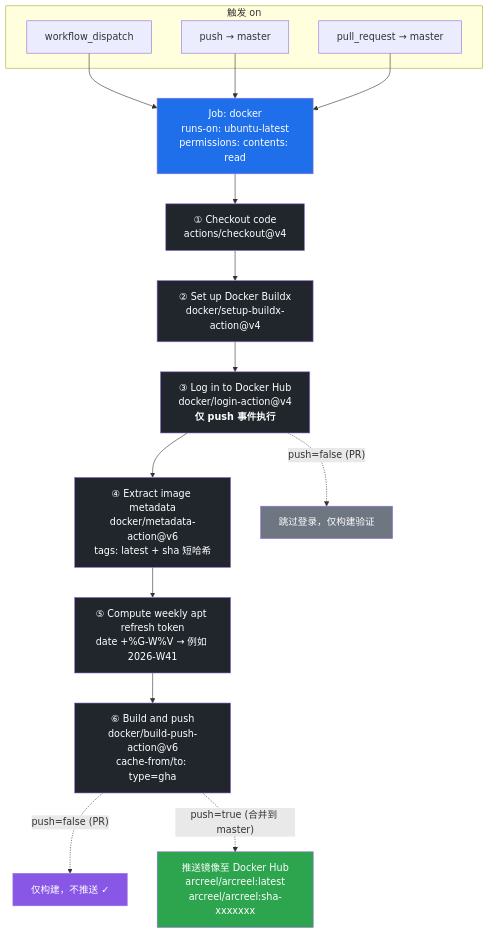
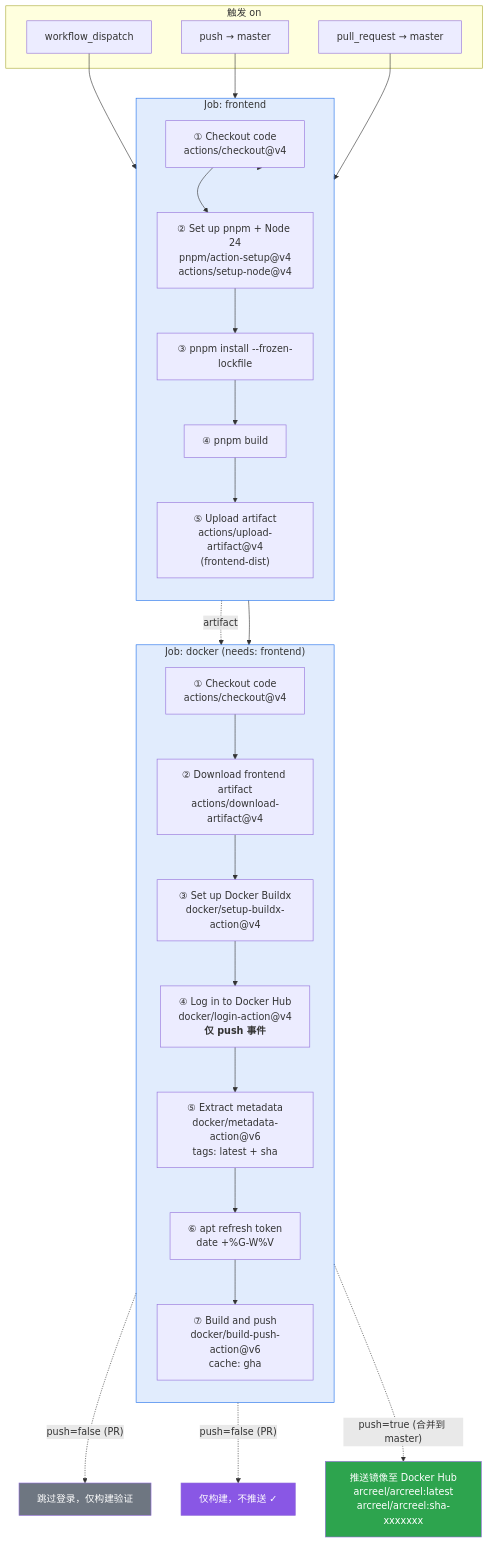
The diagram in .github/workflows/docker-build.md (myvivk/ArcReel-main), drawn with Mermaid before and after one commit. The commit also changed other lines of this file and 2 other files, not shown here.

Commit message:
refactor(ci): split docker-build into frontend and docker jobs

````diff
--- a/.github/workflows/docker-build.md
+++ b/.github/workflows/docker-build.md
@@ -5,37 +5,47 @@
 ```mermaid
 flowchart TD
     subgraph TRIG["触发 on"]
         T1["workflow_dispatch"]
         T2["push → master"]
         T3["pull_request → master"]
     end
 
-    T1 --> J
-    T2 --> J
-    T3 --> J
+    T1 --> F
+    T2 --> F
+    T3 --> F
 
-    J["Job: docker<br/>runs-on: ubuntu-latest<br/>permissions: contents: read"] --> S1
+    subgraph JOBF["Job: frontend"]
+        direction TB
+        F["① Checkout code<br/>actions/checkout@v4"] --> F2
+        F2["② Set up pnpm + Node 24<br/>pnpm/action-setup@v4<br/>actions/setup-node@v4"] --> F3
+        F3["③ pnpm install --frozen-lockfile"] --> F4
+        F4["④ pnpm build"] --> F5
+        F5["⑤ Upload artifact<br/>actions/upload-artifact@v4<br/>(frontend-dist)"]
+    end
 
-    S1["① Checkout code<br/>actions/checkout@v4"] --> S2
-    S2["② Set up Docker Buildx<br/>docker/setup-buildx-action@v4"] --> S3
-    S3["③ Log in to Docker Hub<br/>docker/login-action@v4<br/><b>仅 push 事件执行</b>"] --> S4
-    S4["④ Extract image metadata<br/>docker/metadata-action@v6<br/>tags: latest + sha 短哈希"] --> S5
-    S5["⑤ Compute weekly apt refresh token<br/>date +%G-W%V → 例如 2026-W41"] --> S6
+    F5 -.->|artifact| D2
 
-    S6["⑥ Build and push<br/>docker/build-push-action@v6<br/>cache-from/to: type=gha"]
+    subgraph JOBD["Job: docker (needs: frontend)"]
+        direction TB
+        D1["① Checkout code<br/>actions/checkout@v4"] --> D2
+        D2["② Download frontend artifact<br/>actions/download-artifact@v4"] --> D3
+        D3["③ Set up Docker Buildx<br/>docker/setup-buildx-action@v4"] --> D4
+        D4["④ Log in to Docker Hub<br/>docker/login-action@v4<br/><b>仅 push 事件</b>"] --> D5
+        D5["⑤ Extract metadata<br/>docker/metadata-action@v6<br/>tags: latest + sha"] --> D6
+        D6["⑥ apt refresh token<br/>date +%G-W%V"] --> D7
+        D7["⑦ Build and push<br/>docker/build-push-action@v6<br/>cache: gha"]
+    end
 
-    S3 -. "push=false (PR)" .-> Skip["跳过登录，仅构建验证"]
-    S6 -. "push=false (PR)" .-> N["仅构建，不推送 ✓"]
-    S6 -. "push=true (合并到 master)" .-> P["推送镜像至 Docker Hub<br/>arcreel/arcreel:latest<br/>arcreel/arcreel:sha-xxxxxxx"]
+    F --> JOBF
+    JOBF --> JOBD
 
-    style J fill:#1f6feb,color:#fff
-    style S1 fill:#21262d,color:#fff
-    style S2 fill:#21262d,color:#fff
-    style S3 fill:#21262d,color:#fff
-    style S4 fill:#21262d,color:#fff
-    style S5 fill:#21262d,color:#fff
-    style S6 fill:#21262d,color:#fff
+    D4 -. "push=false (PR)" .-> Skip["跳过登录，仅构建验证"]
+    D7 -. "push=false (PR)" .-> N["仅构建，不推送 ✓"]
+    D7 -. "push=true (合并到 master)" .-> P["推送镜像至 Docker Hub<br/>arcreel/arcreel:latest<br/>arcreel/arcreel:sha-xxxxxxx"]
+
+    style JOBF fill:#1f6feb22,stroke:#1f6feb
+    style JOBD fill:#1f6feb22,stroke:#1f6feb
     style P fill:#2da44e,color:#fff
     style N fill:#8957e5,color:#fff
     style Skip fill:#6e7681,color:#fff
 ```
````
